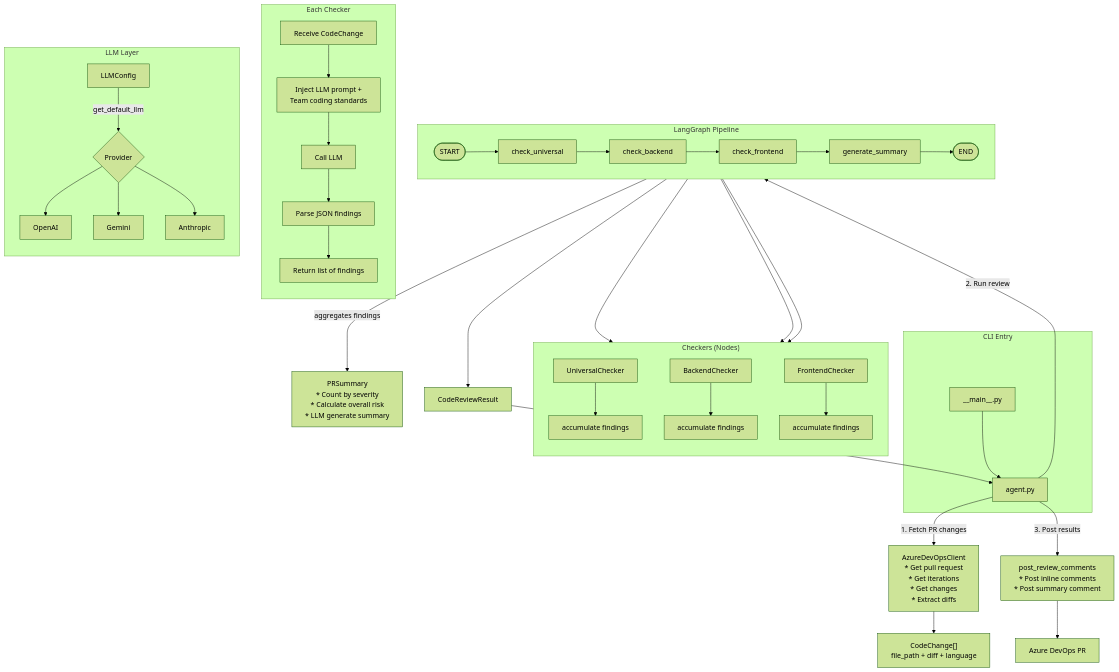
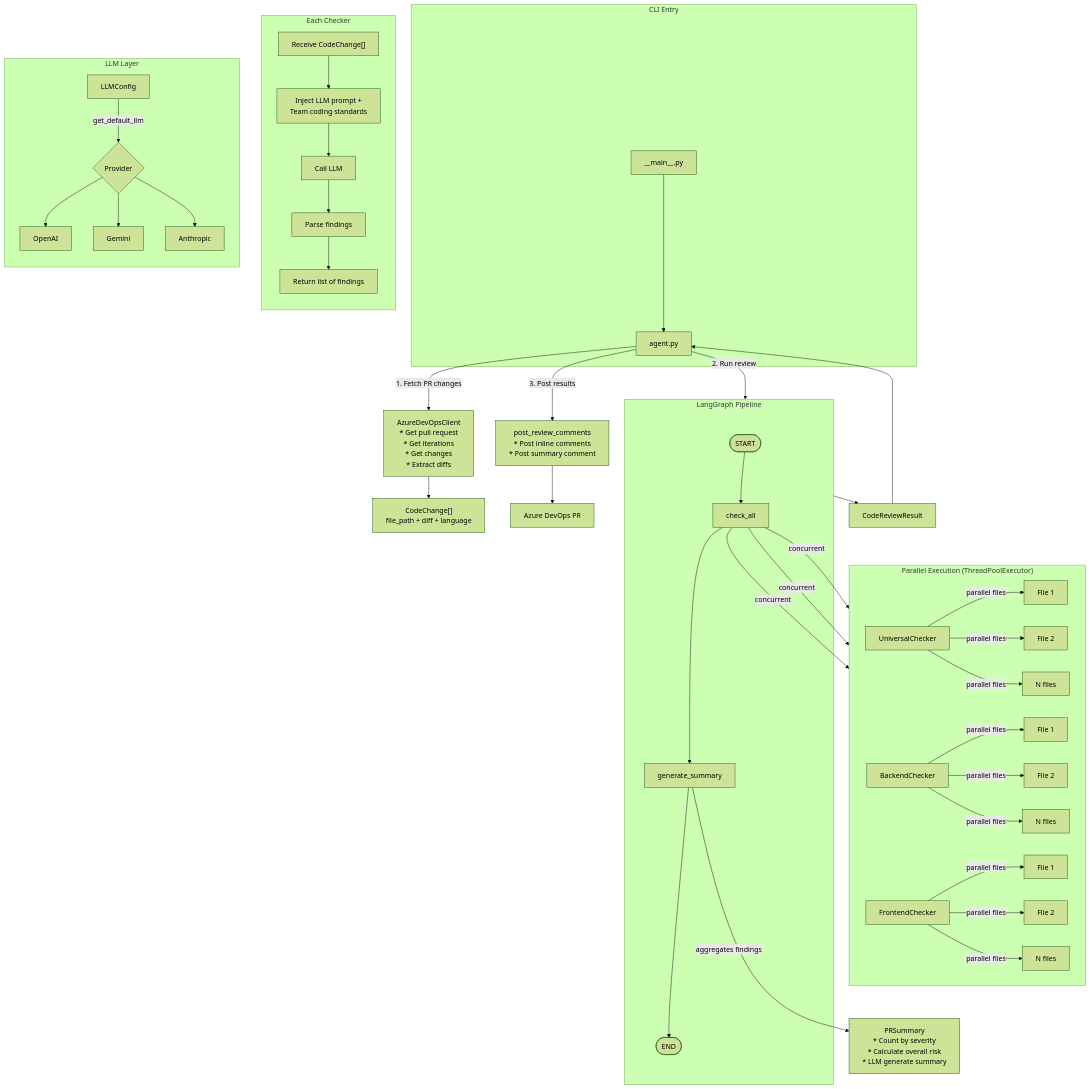
The first of 2 diagrams in docs/architecture.md (gaozhidf/code-review-agent), drawn with Mermaid (forest theme) before and after one commit. The commit also changed other lines of this file and 1 other file, not shown here.

````diff
--- a/docs/architecture.md
+++ b/docs/architecture.md
@@ -11,51 +11,70 @@
 ```mermaid
 flowchart TD
     subgraph Entry["CLI Entry"]
         __main__.py --> agent.py
     end
     
-    agent.py -->|1. Fetch PR changes| Azure[AzureDevOpsClient\n* Get pull request\n* Get iterations\n* Get changes\n* Extract diffs]
+    agent.py -->|1. Fetch PR changes| Azure[AzureDevOpsClient
+* Get pull request
+* Get iterations
+* Get changes
+* Extract diffs]
     
     Azure --> Changes["CodeChange[]<br/>file_path + diff + language"]
     
-    agent.py -->|2. Run review| LangGraph[CodeReviewGraph\nLangGraph State Machine]
+    agent.py -->|2. Run review| LangGraph[CodeReviewGraph
+LangGraph State Machine]
     
     subgraph LangGraph["LangGraph Pipeline"]
-        direction LR
-        START([START]) --> check_universal
-        check_universal --> check_backend
-        check_backend --> check_frontend
-        check_frontend --> generate_summary
+        START([START]) --> check_all
+        check_all --> generate_summary
         generate_summary --> END([END])
     end
     
-    subgraph Checkers["Checkers (Nodes)"]
-        direction TB
-        check_universal --> UniversalChecker --> findings1[accumulate findings]
-        check_backend --> BackendChecker --> findings2[accumulate findings]
-        check_frontend --> FrontendChecker --> findings3[accumulate findings]
+    subgraph ParallelCheck["Parallel Execution (ThreadPoolExecutor)"]
+        direction LR
+        check_all -->|concurrent| Universal[UniversalChecker]
+        check_all -->|concurrent| Backend[BackendChecker]
+        check_all -->|concurrent| Frontend[FrontendChecker]
+        
+        Universal -->|parallel files| U1[File 1]
+        Universal -->|parallel files| U2[File 2]
+        Universal -->|parallel files| UN[N files]
+        
+        Backend -->|parallel files| B1[File 1]
+        Backend -->|parallel files| B2[File 2]
+        Backend -->|parallel files| BN[N files]
+        
+        Frontend -->|parallel files| F1[File 1]
+        Frontend -->|parallel files| F2[File 2]
+        Frontend -->|parallel files| FN[N files]
     end
     
     subgraph CheckerLogic["Each Checker"]
         direction TB
-        A["Receive CodeChange"] --> B["Inject LLM prompt +<br/>Team coding standards"] --> C[Call LLM] --> D["Parse JSON findings"] --> E["Return list of findings"]
+        L["Receive CodeChange[]"] --> M["Inject LLM prompt +<br/>Team coding standards"] --> N[Call LLM] --> O["Parse findings"] --> P["Return list of findings"]
     end
     
     subgraph LLM["LLM Layer"]
         direction TB
         LLMConfig -->|get_default_llm| Provider{Provider}
         Provider --> OpenAI
         Provider --> Gemini
         Provider --> Anthropic
     end
     
-    generate_summary -->|aggregates findings| Summary[PRSummary\n* Count by severity\n* Calculate overall risk\n* LLM generate summary]
+    generate_summary -->|aggregates findings| Summary[PRSummary
+* Count by severity
+* Calculate overall risk
+* LLM generate summary]
     
     LangGraph --> CodeReviewResult
     
-    agent.py -->|3. Post results| Post[post_review_comments\n* Post inline comments\n* Post summary comment]
+    agent.py -->|3. Post results| Post[post_review_comments
+* Post inline comments
+* Post summary comment]
     
     Post --> AzureDevOps[Azure DevOps PR]
     
     CodeReviewResult --> agent.py
 ```
````
